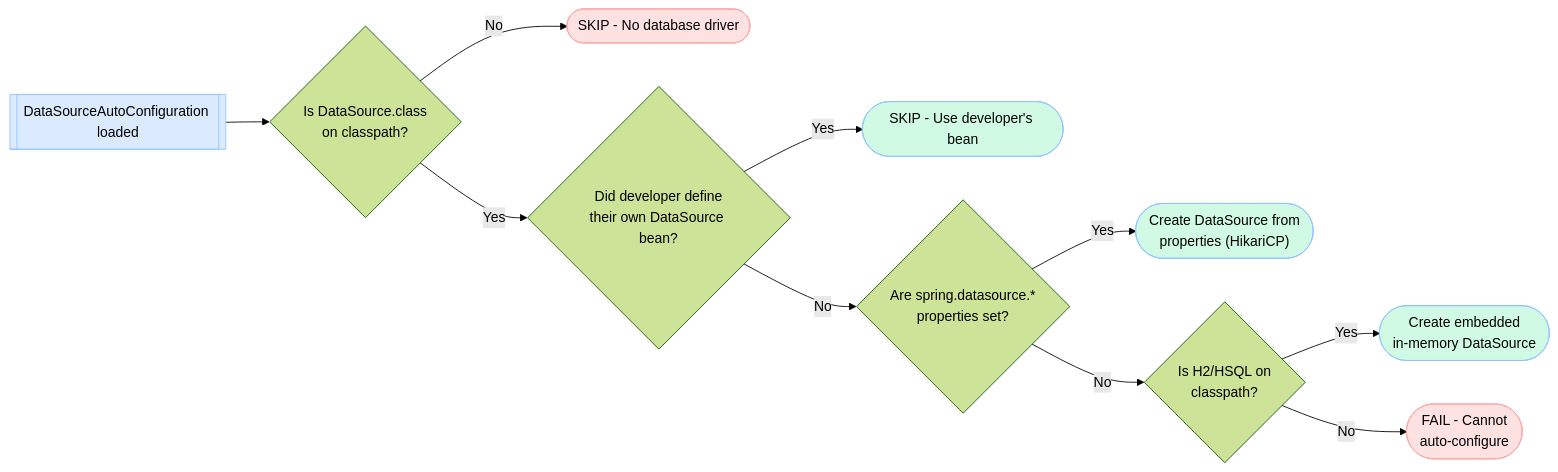
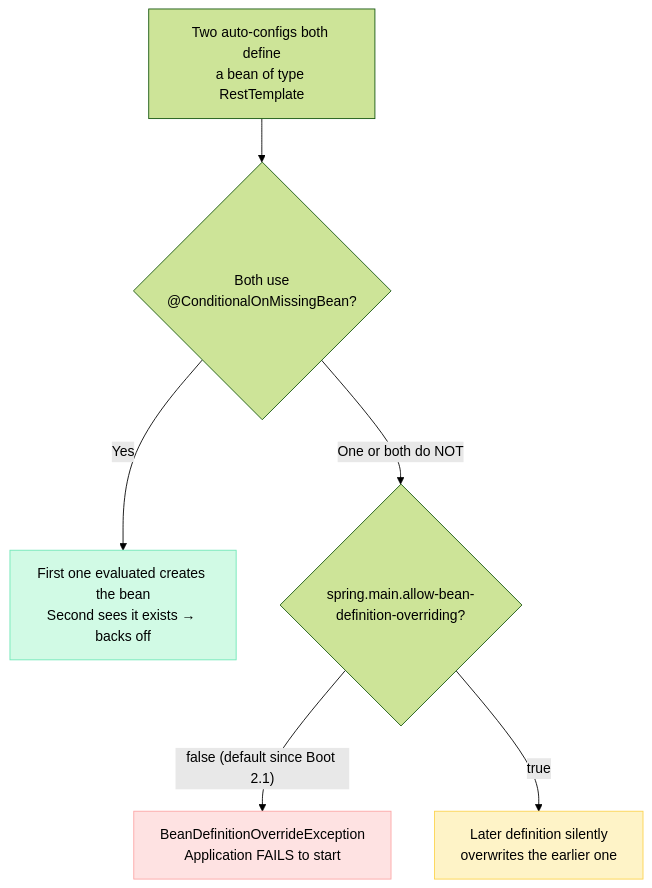
The second of 2 diagrams in docs/springboot/AutoConfiguration.md (saivamsikaruturi/vamsilabs-dev-notes-main), drawn with Mermaid (forest theme) before and after one commit. The commit also changed other lines of this file and 21 other files, not shown here.

First line of the commit message:
Rewrite 20 Spring Boot + 2 Microservices pages as deep interview-prep guides

````diff
--- a/docs/springboot/AutoConfiguration.md
+++ b/docs/springboot/AutoConfiguration.md
@@ -117,19 +923,12 @@
 ```mermaid
-flowchart LR
-    A[["DataSourceAutoConfiguration loaded"]] --> B{"Is DataSource.class<br/>on classpath?"}
-    B -->|No| C(["SKIP - No database driver"])
-    B -->|Yes| D{"Did developer define<br/>their own DataSource bean?"}
-    D -->|Yes| E(["SKIP - Use developer's bean"])
-    D -->|No| F{"Are spring.datasource.*<br/>properties set?"}
-    F -->|Yes| G(["Create DataSource from<br/>properties (HikariCP)"])
-    F -->|No| H{"Is H2/HSQL on<br/>classpath?"}
-    H -->|Yes| I(["Create embedded<br/>in-memory DataSource"])
-    H -->|No| J(["FAIL - Cannot<br/>auto-configure"])
+flowchart TD
+    A["Two auto-configs both define<br/>a bean of type RestTemplate"] --> B{"Both use<br/>@ConditionalOnMissingBean?"}
+    B -->|Yes| C["First one evaluated creates the bean<br/>Second sees it exists → backs off"]
+    B -->|"One or both do NOT"| D{"spring.main.allow-bean-definition-overriding?"}
+    D -->|"false (default since Boot 2.1)"| E["BeanDefinitionOverrideException<br/>Application FAILS to start"]
+    D -->|"true"| F["Later definition silently<br/>overwrites the earlier one"]
 
-    style A fill:#DBEAFE,stroke:#93C5FD
-    style E fill:#D1FAE5,stroke:#93C5FD
-    style G fill:#D1FAE5,stroke:#93C5FD
-    style I fill:#D1FAE5,stroke:#93C5FD
-    style C fill:#FEE2E2,stroke:#FCA5A5
-    style J fill:#FEE2E2,stroke:#FCA5A5
+    style E fill:#FEE2E2,stroke:#FCA5A5
+    style F fill:#FEF3C7,stroke:#FCD34D
+    style C fill:#D1FAE5,stroke:#6EE7B7
 ```
````
